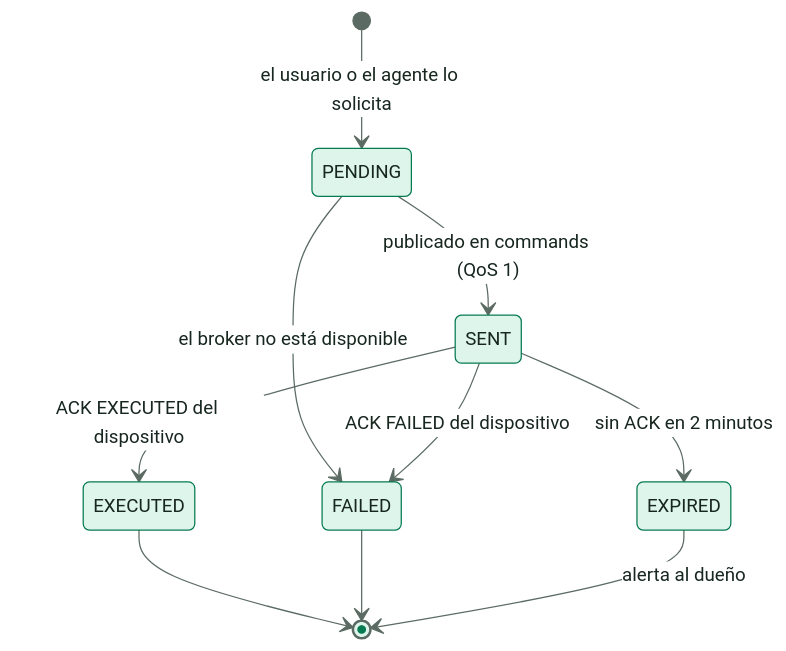
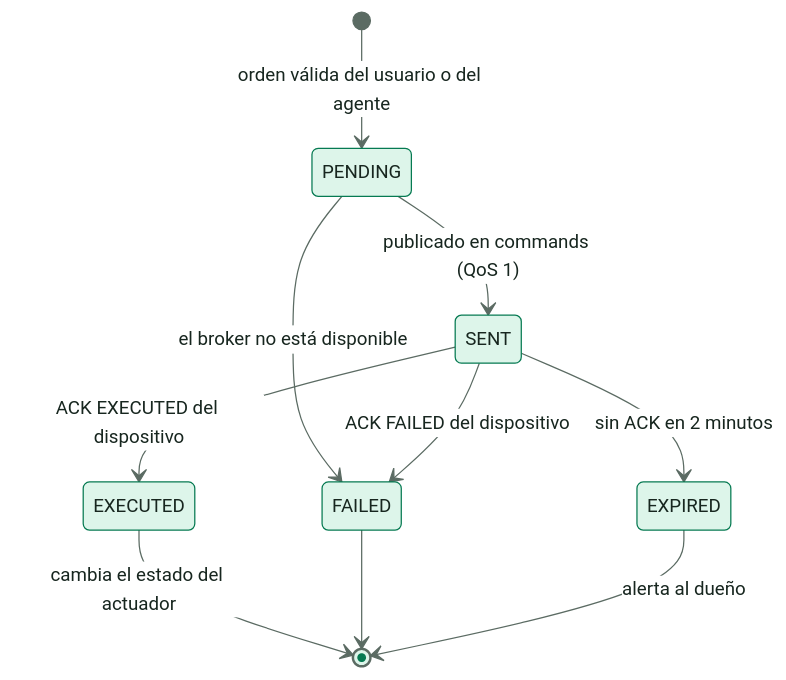
One commit to SmartPotTech/.github changed the diagram in docs/diagrams/SmartPot_05_Command_States.mmd. Above: the diagram before and after it, drawn with Mermaid.

Commit message:
Word valid orders in the command states diagram
Only orders that change something and do not overlap another become commands.

```diff
--- a/docs/diagrams/SmartPot_05_Command_States.mmd
+++ b/docs/diagrams/SmartPot_05_Command_States.mmd
@@ -1,11 +1,11 @@
 %%{init: {"theme": "base", "fontFamily": "Segoe UI, Arial, sans-serif", "themeVariables": {"fontFamily": "Segoe UI, Arial, sans-serif", "fontSize": "15px", "primaryColor": "#DDF5EA", "primaryTextColor": "#17261F", "primaryBorderColor": "#067A52", "secondaryColor": "#E3F2FB", "secondaryTextColor": "#17261F", "secondaryBorderColor": "#1F6FA0", "tertiaryColor": "#F2F7F4", "tertiaryTextColor": "#17261F", "tertiaryBorderColor": "#D5E3DC", "lineColor": "#5B6B63", "textColor": "#17261F", "mainBkg": "#DDF5EA", "nodeBorder": "#067A52", "clusterBkg": "#F7FAF8", "clusterBorder": "#D5E3DC", "edgeLabelBackground": "#FFFFFF", "actorBkg": "#067A52", "actorBorder": "#0B3D2B", "actorTextColor": "#FFFFFF", "actorLineColor": "#5B6B63", "signalColor": "#17261F", "signalTextColor": "#17261F", "labelBoxBkgColor": "#0B3D2B", "labelBoxBorderColor": "#0B3D2B", "labelTextColor": "#FFFFFF", "loopTextColor": "#0B3D2B", "noteBkgColor": "#FDF4DD", "noteBorderColor": "#C98D12", "noteTextColor": "#17261F", "activationBkgColor": "#DDF5EA", "activationBorderColor": "#067A52", "attributeBackgroundColorOdd": "#FFFFFF", "attributeBackgroundColorEven": "#F2F7F4"}}}%%
 stateDiagram-v2
-  [*] --> PENDING: el usuario o el agente lo solicita
+  [*] --> PENDING: orden válida del usuario o del agente
   PENDING --> SENT: publicado en commands (QoS 1)
   PENDING --> FAILED: el broker no está disponible
   SENT --> EXECUTED: ACK EXECUTED del dispositivo
   SENT --> FAILED: ACK FAILED del dispositivo
   SENT --> EXPIRED: sin ACK en 2 minutos
-  EXECUTED --> [*]
+  EXECUTED --> [*]: cambia el estado del actuador
   FAILED --> [*]
   EXPIRED --> [*]: alerta al dueño
```
